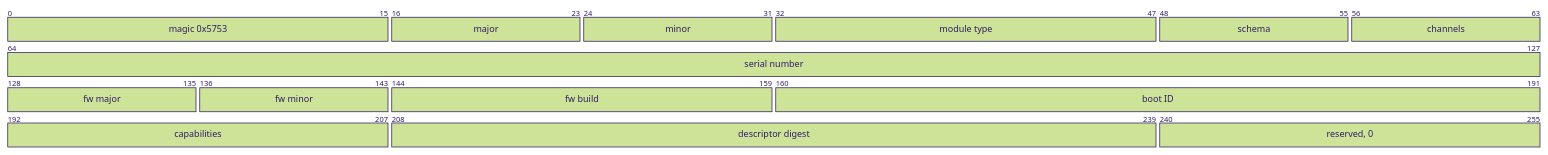
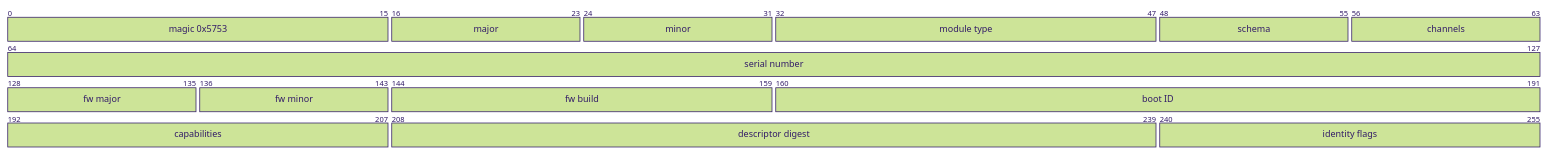
Before and after one commit to clintecker/weather-station-2026: the first of 3 diagrams in firmware/common/wsmp.lit.md, drawn with Mermaid (forest theme). The commit also changed other lines of this file and 38 other files, not shown here.

````diff
--- a/firmware/common/wsmp.lit.md
+++ b/firmware/common/wsmp.lit.md
@@ -71,22 +78,22 @@
 ```mermaid
 ---
 config:
   packet:
     bitsPerRow: 64
 ---
 packet-beta
   0-15: "magic 0x5753"
   16-23: "major"
   24-31: "minor"
   32-47: "module type"
   48-55: "schema"
   56-63: "channels"
   64-127: "serial number"
   128-135: "fw major"
   136-143: "fw minor"
   144-159: "fw build"
   160-191: "boot ID"
   192-207: "capabilities"
   208-239: "descriptor digest"
-  240-255: "reserved, 0"
+  240-255: "identity flags"
 ```
````
